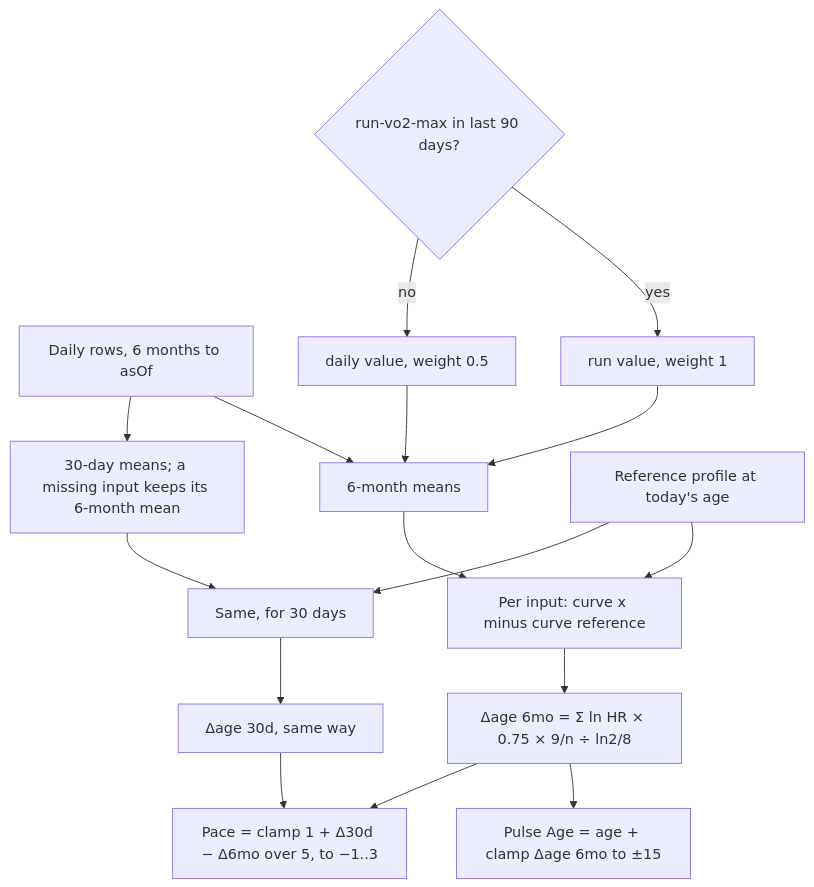
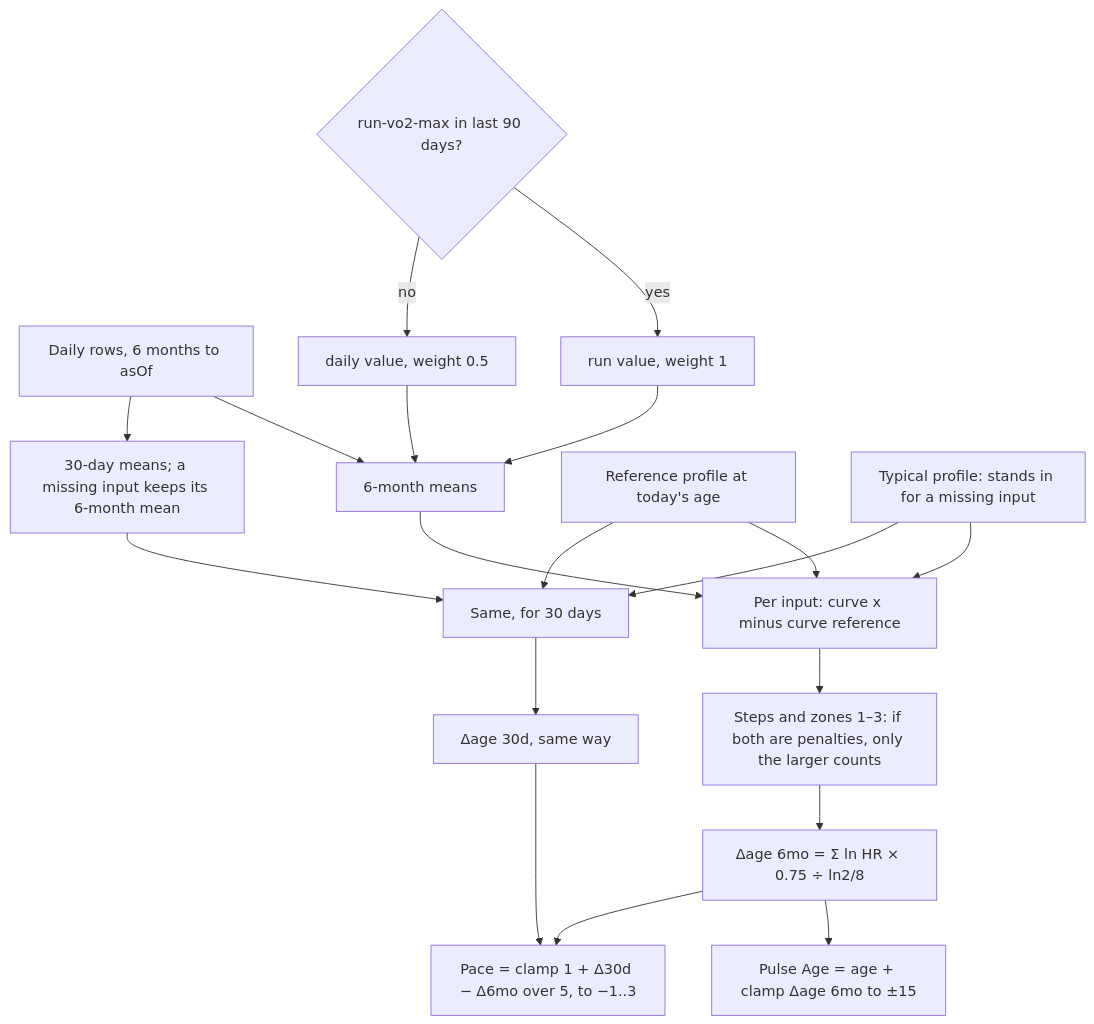
The diagram in docs/algorithms/healthspan.md (RohitDhatrak/pulse), drawn with Mermaid before and after one commit. The commit also changed other lines of this file and 7 other files, not shown here.

````diff
--- a/docs/algorithms/healthspan.md
+++ b/docs/algorithms/healthspan.md
@@ -9,18 +9,21 @@
 ```mermaid
 flowchart TB
   D[Daily rows, 6 months to asOf] --> S6[6-month means]
   D --> S30[30-day means; a missing input keeps its 6-month mean]
   V{run-vo2-max in last 90 days?} -->|yes| VR[run value, weight 1]
   V -->|no| VD[daily value, weight 0.5]
   VR --> S6
   VD --> S6
   S6 --> C6[Per input: curve x minus curve reference]
   S30 --> C30[Same, for 30 days]
   R[Reference profile at today's age] --> C6
   R --> C30
-  C6 --> A6[Δage 6mo = Σ ln HR × 0.75 × 9/n ÷ ln2/8]
+  T[Typical profile: stands in for a missing input] --> C6
+  T --> C30
+  C6 --> OV[Steps and zones 1–3: if both are penalties, only the larger counts]
+  OV --> A6[Δage 6mo = Σ ln HR × 0.75 ÷ ln2/8]
   C30 --> A30[Δage 30d, same way]
   A6 --> WA[Pulse Age = age + clamp Δage 6mo to ±15]
   A6 --> P[Pace = clamp 1 + Δ30d − Δ6mo over 5, to −1..3]
   A30 --> P
 ```
````
